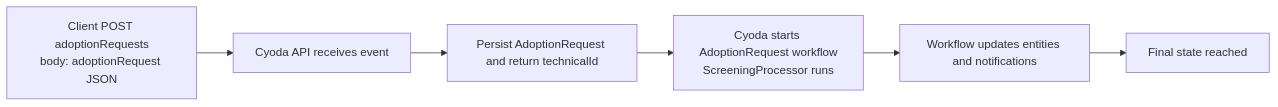
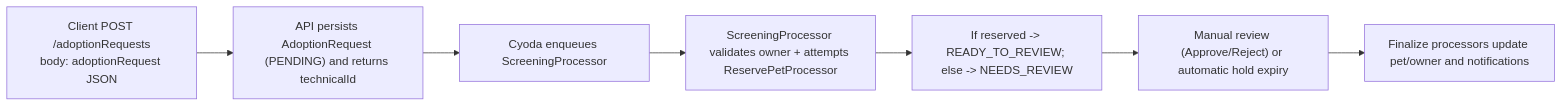
Before and after one commit to Cyoda-platform/java-client-template: the fourth of 4 diagrams in src/main/java/com/java_template/prototype/functional_requirement.md, drawn with Mermaid. The commit also changed other lines of this file, not shown here.

````diff
--- a/src/main/java/com/java_template/prototype/functional_requirement.md
+++ b/src/main/java/com/java_template/prototype/functional_requirement.md
@@ -225,8 +370,9 @@
 ```mermaid
 flowchart LR
-    A["Client POST adoptionRequests\nbody: adoptionRequest JSON"] --> B["Cyoda API receives event"]
-    B --> C["Persist AdoptionRequest and return technicalId"]
-    C --> D["Cyoda starts AdoptionRequest workflow\nScreeningProcessor runs"]
-    D --> E["Workflow updates entities and notifications"]
-    E --> F["Final state reached"]
+    A["Client POST /adoptionRequests\nbody: adoptionRequest JSON"] --> B["API persists AdoptionRequest (PENDING) and returns technicalId"]
+    B --> C["Cyoda enqueues ScreeningProcessor"]
+    C --> D["ScreeningProcessor validates owner + attempts ReservePetProcessor"]
+    D --> E["If reserved -> READY_TO_REVIEW; else -> NEEDS_REVIEW"]
+    E --> F["Manual review (Approve/Reject) or automatic hold expiry"]
+    F --> G["Finalize processors update pet/owner and notifications"]
 ```
````
